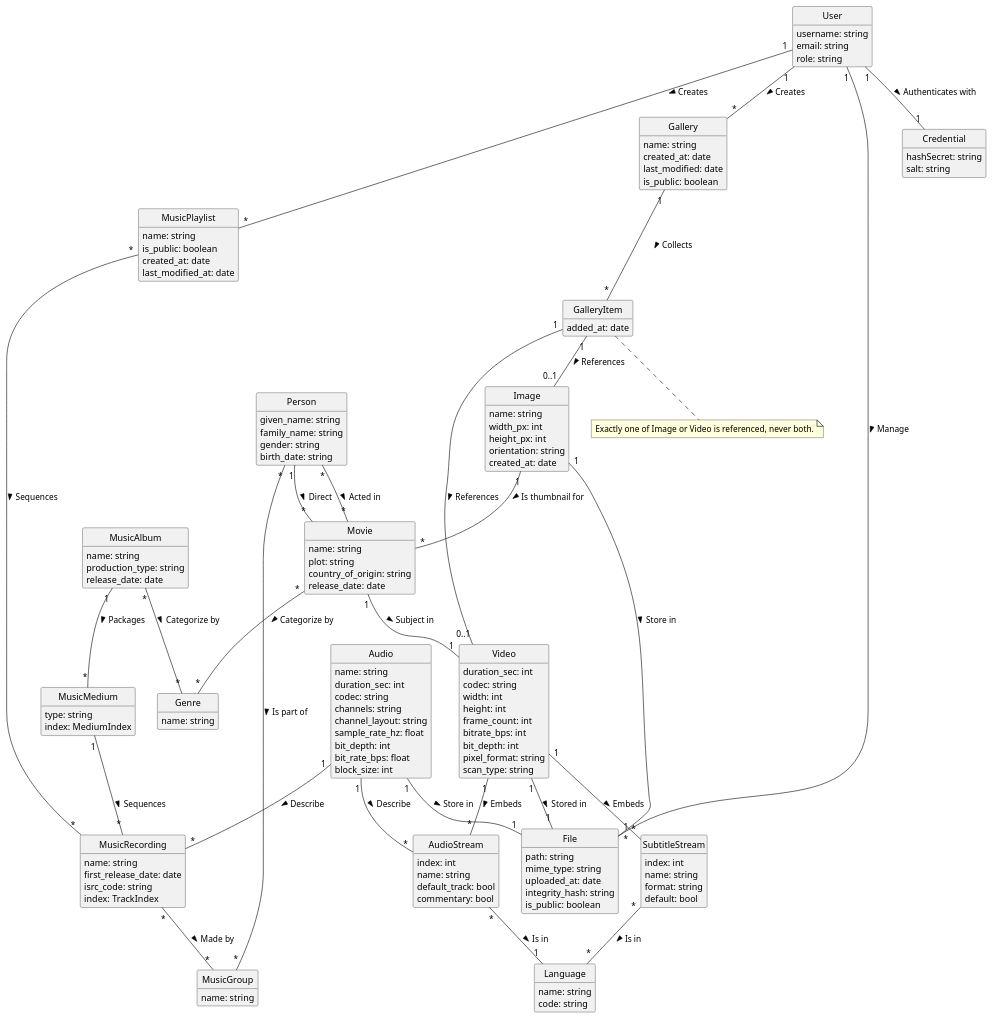
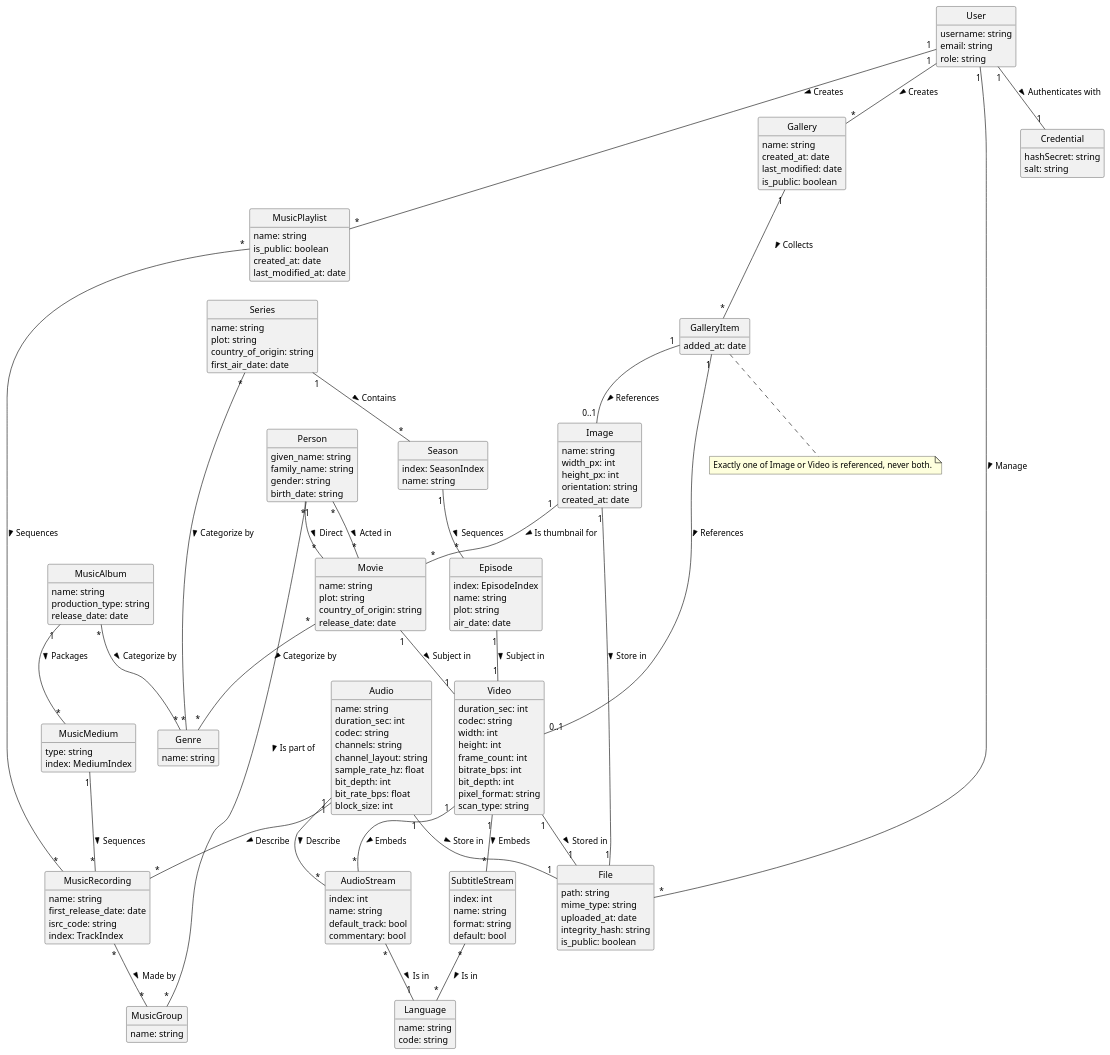
Before and after one commit to Mnemorium/mnemorium: the first of 2 diagrams in docs/development/Overview.md, drawn with PlantUML. The commit also changed other lines of this file and 73 other files, not shown here.

```diff
--- a/docs/development/Overview.md
+++ b/docs/development/Overview.md
@@ -188,6 +188,25 @@
   plot: string
   country_of_origin: string
   release_date: date
+}
+
+class Series {
+  name: string
+  plot: string
+  country_of_origin: string
+  first_air_date: date
+}
+
+class Season {
+  index: SeasonIndex
+  name: string
+}
+
+class Episode {
+  index: EpisodeIndex
+  name: string
+  plot: string
+  air_date: date
 }
 
 class User {
@@ -287,6 +306,11 @@
 Movie "*" -- "*" Genre: Categorize by >
 Movie "1" -- "1" Video: Subject in >
 
+Series "*" -- "*" Genre: Categorize by >
+Series "1" -- "*" Season: Contains >
+Season "1" -- "*" Episode: Sequences >
+Episode "1" -- "1" Video: Subject in >
+
 Person "1" -- "*" Movie: Direct >
 Person "*" -- "*" Movie: Acted in >
 Person "*" -- "*" MusicGroup: Is part of >
```
